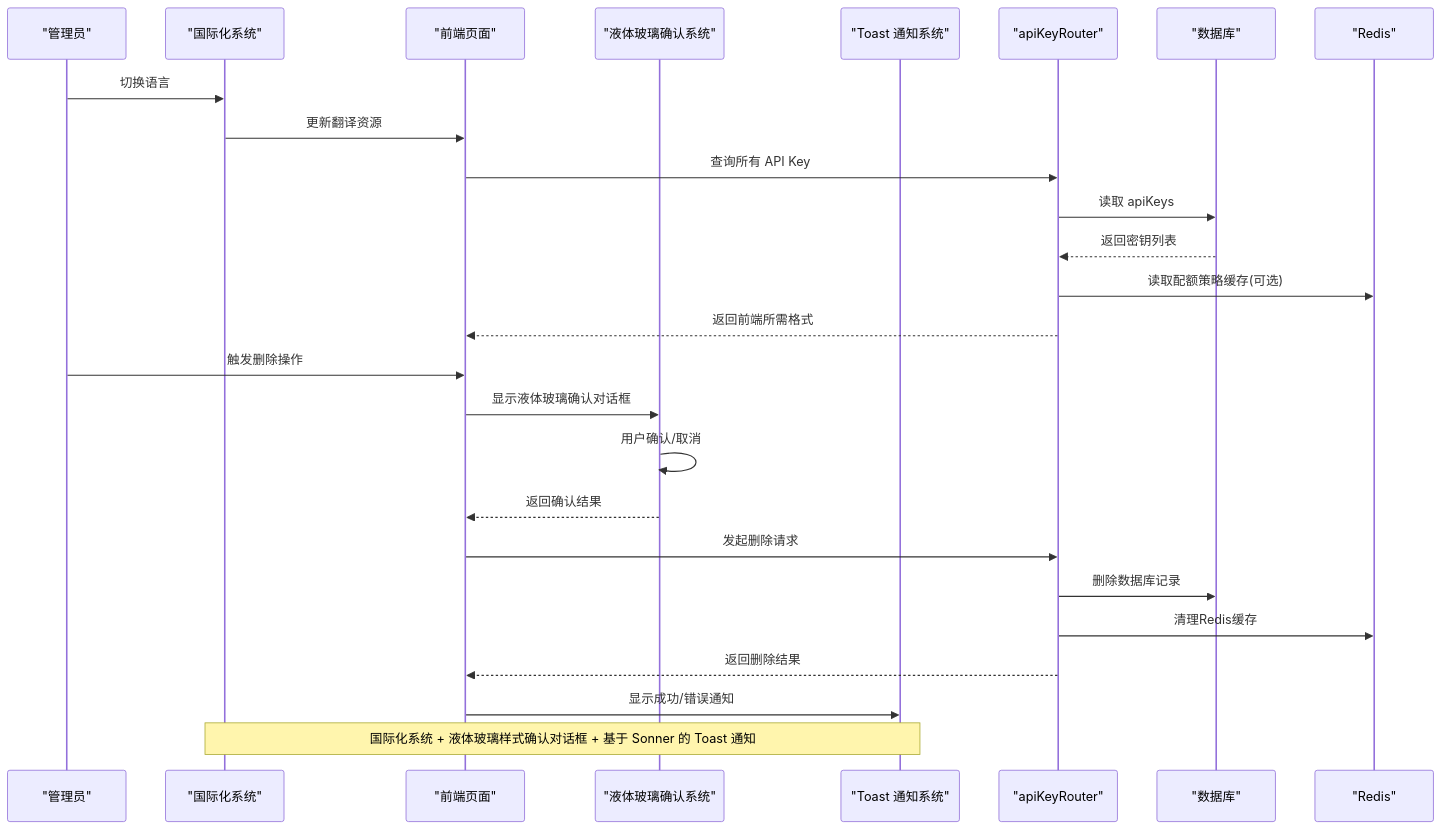
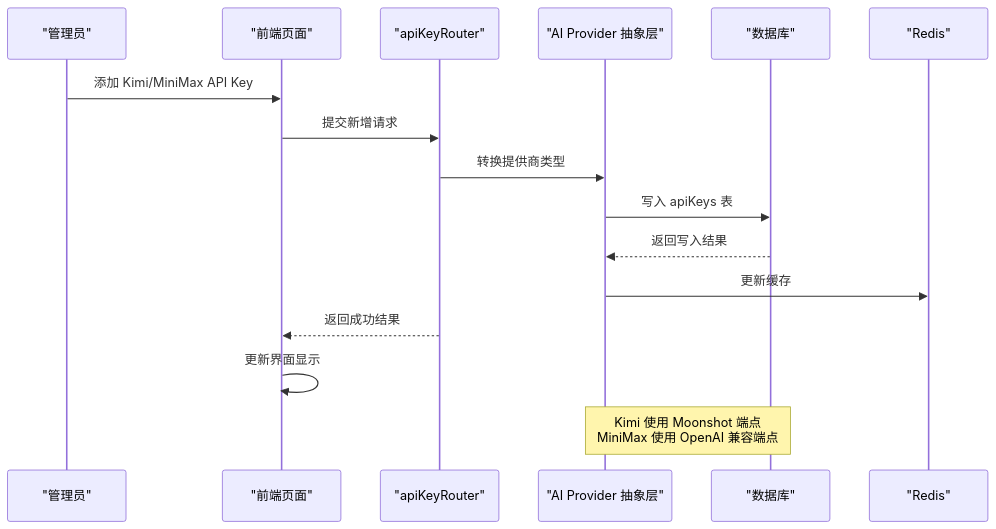
Before and after one commit to RadiumAg/AIGate: the second of 12 diagrams in .qoder/repowiki/zh/content/核心功能/API Key 管理.md, drawn with Mermaid. The commit also changed other lines of this file and 3 other files, not shown here.

````diff
--- a/.qoder/repowiki/zh/content/核心功能/API Key 管理.md
+++ b/.qoder/repowiki/zh/content/核心功能/API Key 管理.md
@@ -146,28 +144,18 @@
 ```mermaid
 sequenceDiagram
 participant Admin as "管理员"
-participant I18n as "国际化系统"
 participant UI as "前端页面"
-participant Confirm as "液体玻璃确认系统"
-participant Toast as "Toast 通知系统"
 participant API as "apiKeyRouter"
+participant Provider as "AI Provider 抽象层"
 participant DB as "数据库"
 participant Cache as "Redis"
-Admin->>I18n : 切换语言
-I18n->>UI : 更新翻译资源
-UI->>API : 查询所有 API Key
-API->>DB : 读取 apiKeys
-DB-->>API : 返回密钥列表
-API->>Cache : 读取配额策略缓存(可选)
-API-->>UI : 返回前端所需格式
-Admin->>UI : 触发删除操作
-UI->>Confirm : 显示液体玻璃确认对话框
-Confirm->>Confirm : 用户确认/取消
-Confirm-->>UI : 返回确认结果
-UI->>API : 发起删除请求
-API->>DB : 删除数据库记录
-API->>Cache : 清理Redis缓存
-API-->>UI : 返回删除结果
-UI->>Toast : 显示成功/错误通知
-Note over I18n,Toast : 国际化系统 + 液体玻璃样式确认对话框 + 基于 Sonner 的 Toast 通知
+Admin->>UI : 添加 Kimi/MiniMax API Key
+UI->>API : 提交新增请求
+API->>Provider : 转换提供商类型
+Provider->>DB : 写入 apiKeys 表
+DB-->>Provider : 返回写入结果
+Provider->>Cache : 更新缓存
+API-->>UI : 返回成功结果
+UI->>UI : 更新界面显示
+Note over Provider,DB : Kimi 使用 Moonshot 端点<br/>MiniMax 使用 OpenAI 兼容端点
 ```
````
